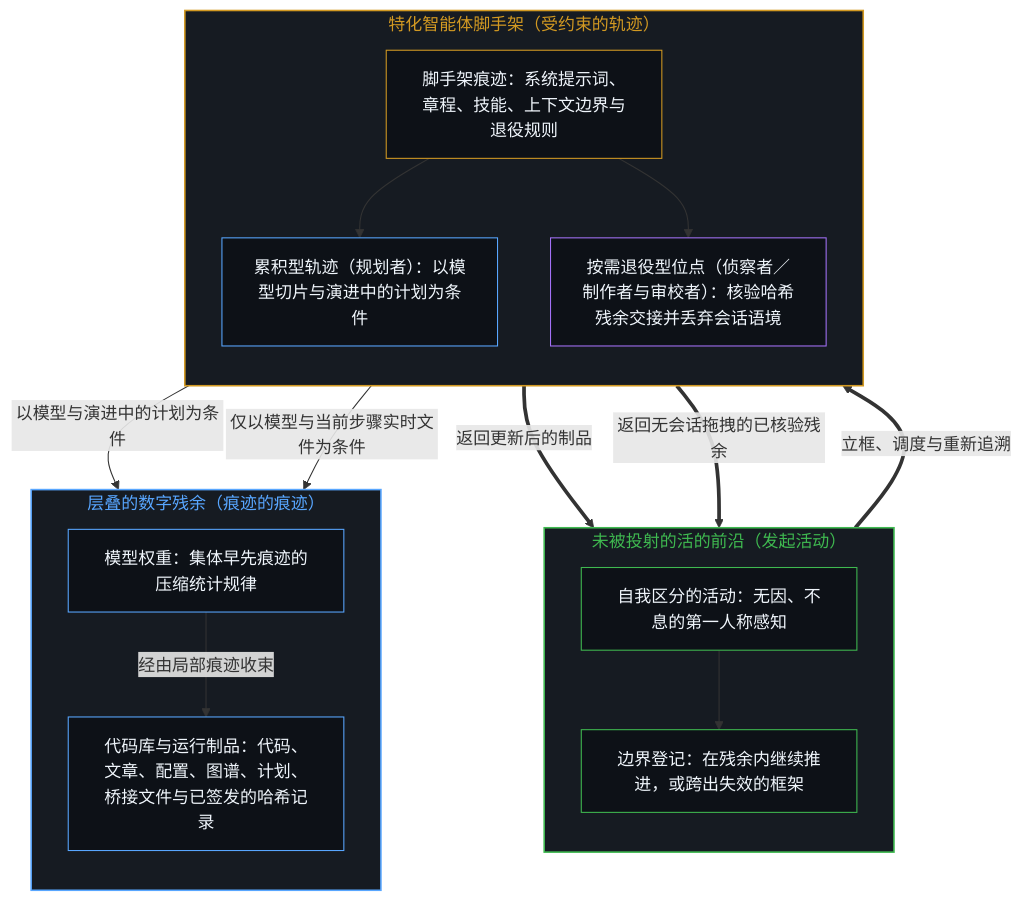
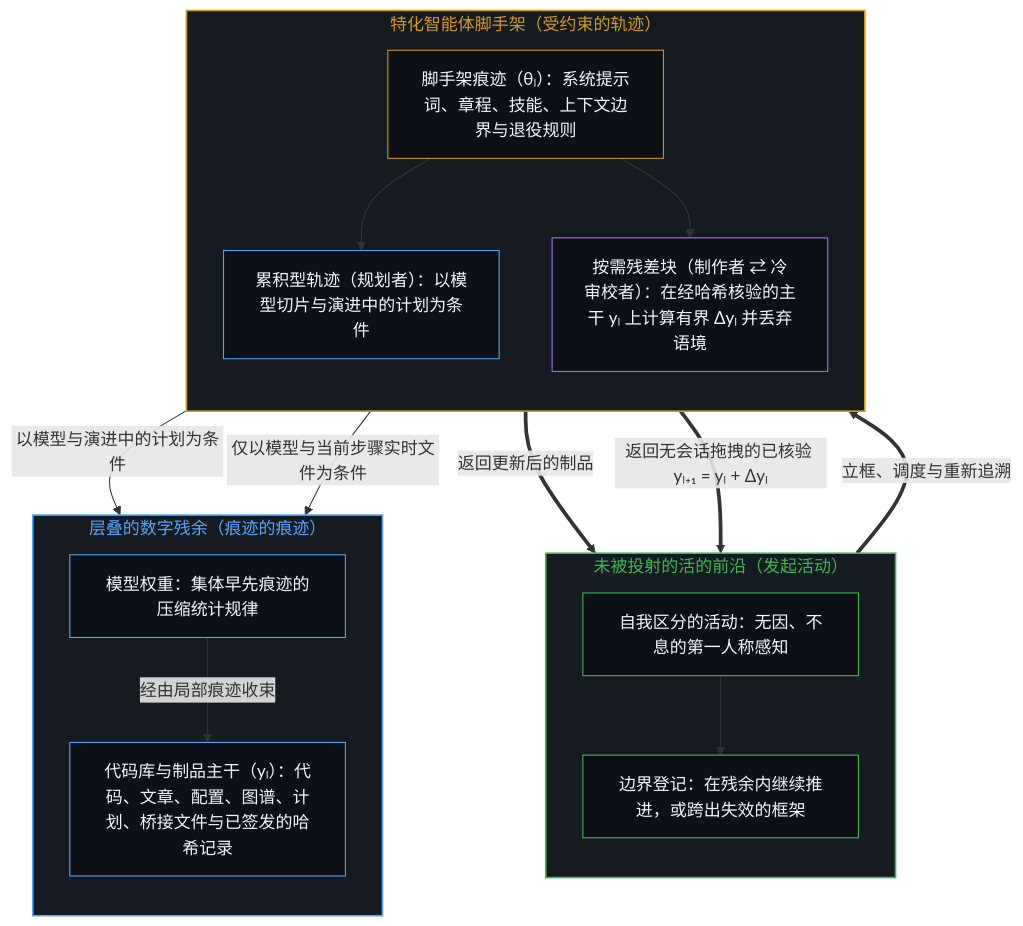
The first of 4 diagrams in content/posts/your-codebase-is-memory.md (powerpig99/not-a-toe), drawn with Mermaid before and after one commit. The commit also changed other lines of this file and 9 other files, not shown here.

````diff
--- a/content/posts/your-codebase-is-memory.md
+++ b/content/posts/your-codebase-is-memory.md
@@ -23,38 +23,38 @@
 ```mermaid
 flowchart TD
     subgraph S_Edge["未被投射的活的前沿（发起活动）"]
         direction TB
         Mind["自我区分的活动：无因、不息的第一人称感知"]
         Judge["边界登记：在残余内继续推进，或跨出失效的框架"]
         Mind --> Judge
     end
     subgraph S_Scaff["特化智能体脚手架（受约束的轨迹）"]
         direction TB
-        Rules["脚手架痕迹：系统提示词、章程、技能、上下文边界与退役规则"]
+        Rules["脚手架痕迹（θₗ）：系统提示词、章程、技能、上下文边界与退役规则"]
         Planner["累积型轨迹（规划者）：以模型切片与演进中的计划为条件"]
-        Scouter["按需退役型位点（侦察者／制作者与审校者）：核验哈希残余交接并丢弃会话语境"]
+        Scouter["按需残差块（制作者 ⇄ 冷审校者）：在经哈希核验的主干 yₗ 上计算有界 Δyₗ 并丢弃语境"]
         Rules --> Planner
         Rules --> Scouter
     end
     subgraph S_Res["层叠的数字残余（痕迹的痕迹）"]
         direction TB
         Weights["模型权重：集体早先痕迹的压缩统计规律"]
-        Code["代码库与运行制品：代码、文章、配置、图谱、计划、桥接文件与已签发的哈希记录"]
+        Code["代码库与制品主干（yₗ）：代码、文章、配置、图谱、计划、桥接文件与已签发的哈希记录"]
         Weights -->|"经由局部痕迹收束"| Code
     end
     Judge ==>|"立框、调度与重新追溯"| Rules
     Planner -->|"以模型与演进中的计划为条件"| Code
     Scouter -->|"仅以模型与当前步骤实时文件为条件"| Code
     Planner ==>|"返回更新后的制品"| Judge
-    Scouter ==>|"返回无会话拖拽的已核验残余"| Judge
+    Scouter ==>|"返回无会话拖拽的已核验 yₗ₊₁ = yₗ + Δyₗ"| Judge
     style S_Edge fill:#161b22,stroke:#3fb950,stroke-width:1.5px,color:#3fb950
     style S_Scaff fill:#161b22,stroke:#d29922,stroke-width:1.5px,color:#d29922
     style S_Res fill:#161b22,stroke:#58a6ff,stroke-width:1.5px,color:#58a6ff
     style Mind fill:#0d1117,stroke:#3fb950,stroke-width:1px,color:#f0f6fc
     style Judge fill:#0d1117,stroke:#3fb950,stroke-width:1px,color:#f0f6fc
     style Rules fill:#0d1117,stroke:#d29922,stroke-width:1px,color:#f0f6fc
     style Planner fill:#0d1117,stroke:#58a6ff,stroke-width:1px,color:#f0f6fc
     style Scouter fill:#0d1117,stroke:#a371f7,stroke-width:1px,color:#f0f6fc
     style Weights fill:#0d1117,stroke:#58a6ff,stroke-width:1px,color:#f0f6fc
     style Code fill:#0d1117,stroke:#58a6ff,stroke-width:1px,color:#f0f6fc
 ```
````
